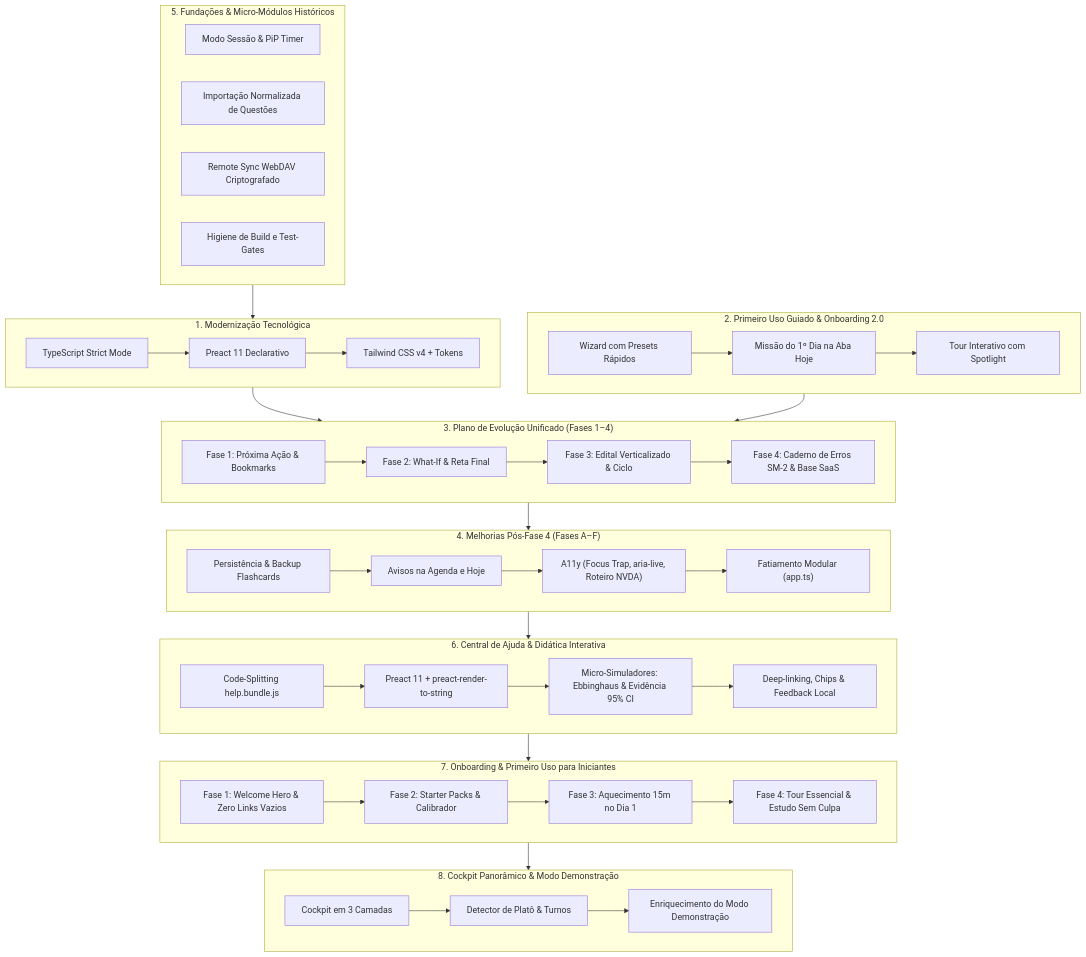
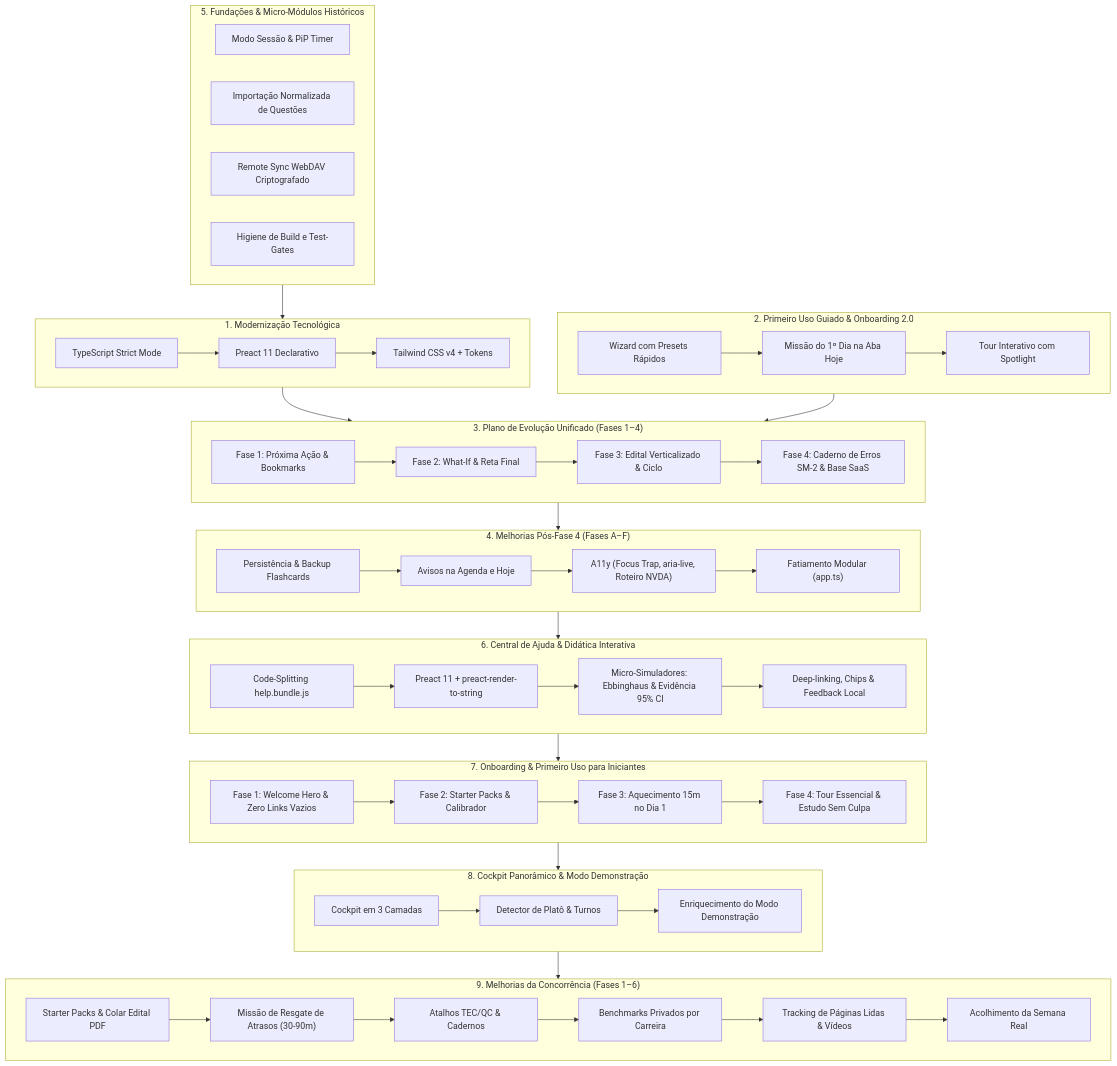
Before and after one commit to vitoriapac/Extrato: the diagram in docs/PLANOS-CONCLUIDOS.md, drawn with Mermaid. The commit also changed other lines of this file and 72 other files, not shown here.

First line of the commit message:
feat(ux): melhorias competitivas Leruma, Bizzu e Estudei (fases 1 a 6) e atualizacao documental

````diff
--- a/docs/PLANOS-CONCLUIDOS.md
+++ b/docs/PLANOS-CONCLUIDOS.md
@@ -16,56 +16,65 @@
 ```mermaid
 flowchart TD
     subgraph P1 ["1. Modernização Tecnológica"]
         P1A["TypeScript Strict Mode"] --> P1B["Preact 11 Declarativo"]
         P1B --> P1C["Tailwind CSS v4 + Tokens"]
     end
 
     subgraph P2 ["2. Primeiro Uso Guiado & Onboarding 2.0"]
         P2A["Wizard com Presets Rápidos"] --> P2B["Missão do 1º Dia na Aba Hoje"]
         P2B --> P2C["Tour Interativo com Spotlight"]
     end
 
     subgraph P3 ["3. Plano de Evolução Unificado (Fases 1–4)"]
         P3A["Fase 1: Próxima Ação & Bookmarks"] --> P3B["Fase 2: What-If & Reta Final"]
         P3B --> P3C["Fase 3: Edital Verticalizado & Ciclo"]
         P3C --> P3D["Fase 4: Caderno de Erros SM-2 & Base SaaS"]
     end
 
     subgraph P4 ["4. Melhorias Pós-Fase 4 (Fases A–F)"]
         P4A["Persistência & Backup Flashcards"] --> P4B["Avisos na Agenda e Hoje"]
         P4B --> P4C["A11y (Focus Trap, aria-live, Roteiro NVDA)"]
         P4C --> P4D["Fatiamento Modular (app.ts)"]
     end
 
     subgraph P5 ["5. Fundações & Micro-Módulos Históricos"]
         P5A["Modo Sessão & PiP Timer"]
         P5B["Importação Normalizada de Questões"]
         P5C["Remote Sync WebDAV Criptografado"]
         P5D["Higiene de Build e Test-Gates"]
     end
 
     subgraph P6 ["6. Central de Ajuda & Didática Interativa"]
         P6A["Code-Splitting help.bundle.js"] --> P6B["Preact 11 + preact-render-to-string"]
         P6B --> P6C["Micro-Simuladores: Ebbinghaus & Evidência 95% CI"]
         P6C --> P6D["Deep-linking, Chips & Feedback Local"]
     end
 
     subgraph P7 ["7. Onboarding & Primeiro Uso para Iniciantes"]
         P7A["Fase 1: Welcome Hero & Zero Links Vazios"] --> P7B["Fase 2: Starter Packs & Calibrador"]
         P7B --> P7C["Fase 3: Aquecimento 15m no Dia 1"]
         P7C --> P7D["Fase 4: Tour Essencial & Estudo Sem Culpa"]
     end
 
     subgraph P8 ["8. Cockpit Panorâmico & Modo Demonstração"]
         P8A["Cockpit em 3 Camadas"] --> P8B["Detector de Platô & Turnos"]
         P8B --> P8C["Enriquecimento do Modo Demonstração"]
     end
 
+    subgraph P9 ["9. Melhorias da Concorrência (Fases 1–6)"]
+        P9A["Starter Packs & Colar Edital PDF"] --> P9B["Missão de Resgate de Atrasos (30-90m)"]
+        P9B --> P9C["Atalhos TEC/QC & Cadernos"]
+        P9C --> P9D["Benchmarks Privados por Carreira"]
+        P9D --> P9E["Tracking de Páginas Lidas & Vídeos"]
+        P9E --> P9F["Acolhimento da Semana Real"]
+    end
+
     P1 --> P3
     P2 --> P3
     P3 --> P4
     P5 --> P1
     P4 --> P6
     P6 --> P7
     P7 --> P8
+    P8 --> P9
 ```
````
